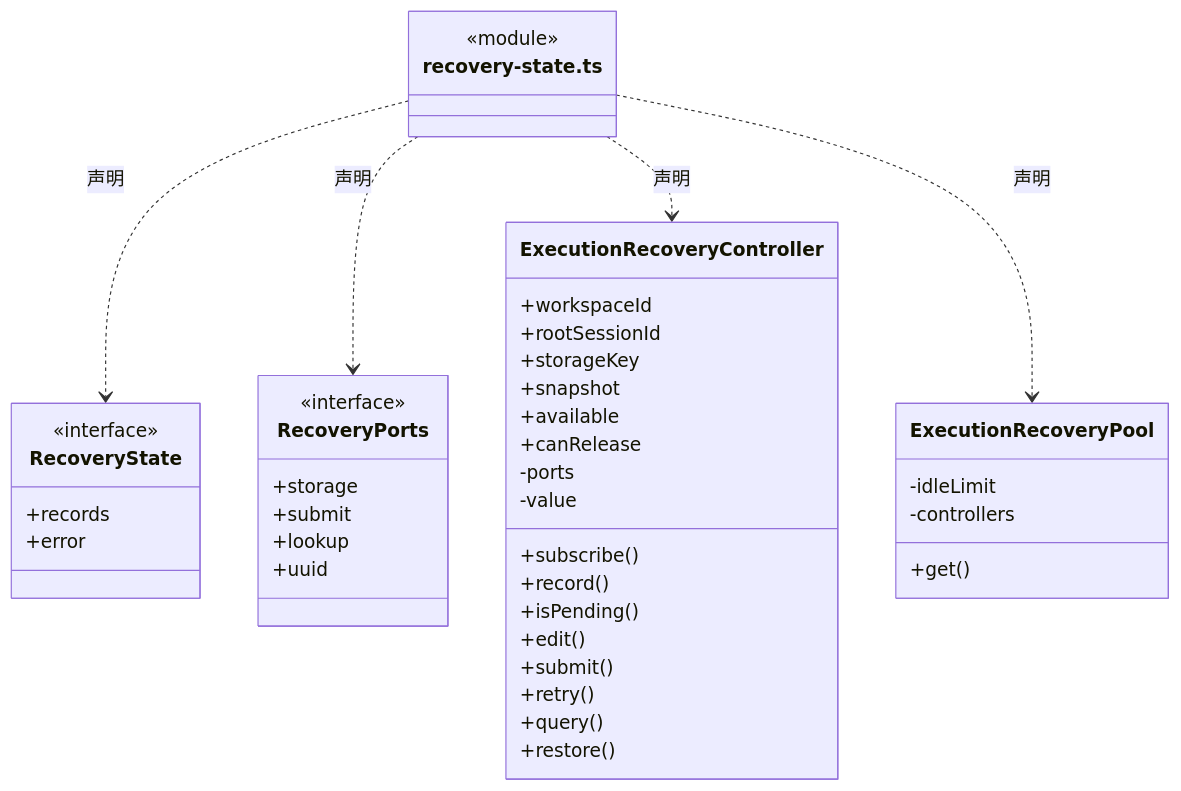
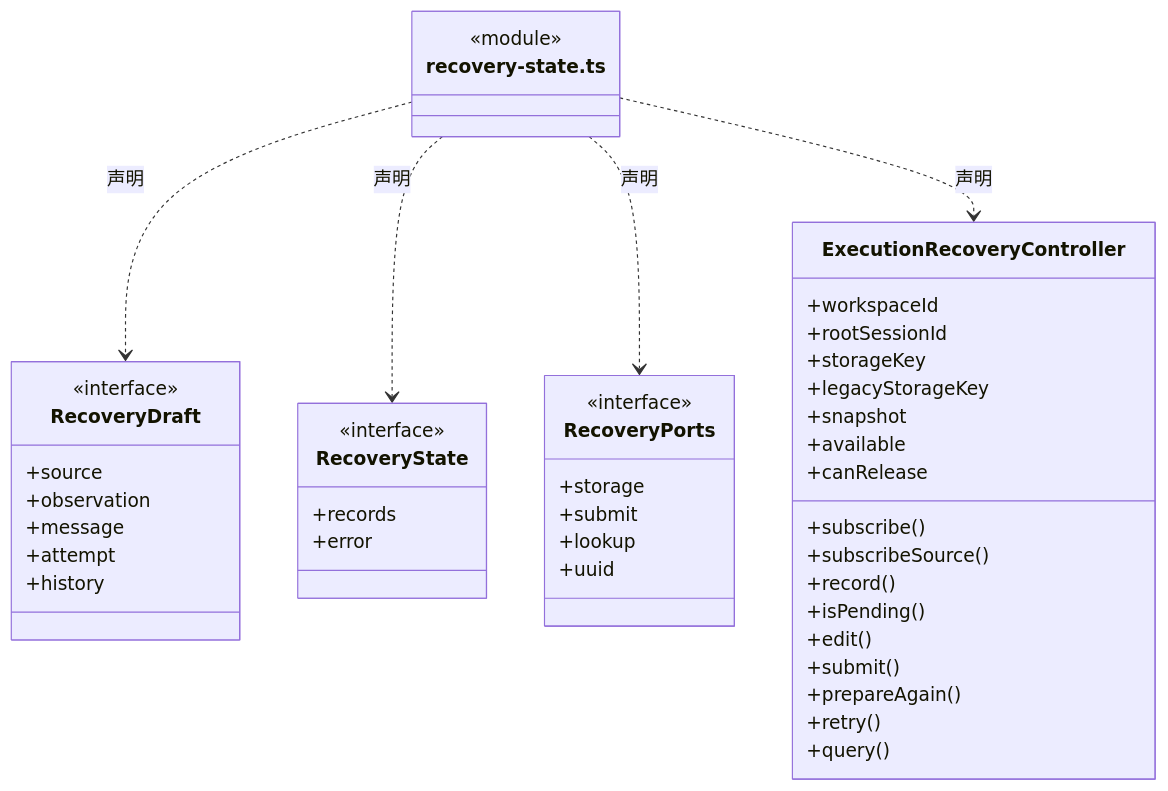
Before and after one commit to nan023062/cbim: diagram 25 of 56 in src/frontend/tasks/ARCHITECTURE.md, drawn with Mermaid. The commit also changed other lines of this file and 21 other files, not shown here.

````diff
--- a/src/frontend/tasks/ARCHITECTURE.md
+++ b/src/frontend/tasks/ARCHITECTURE.md
@@ -510,45 +509,48 @@
 ```mermaid
 classDiagram
 class N_src_frontend_tasks_recovery_state_ts["recovery-state.ts"] {
   <<module>>
 }
+class N_src_frontend_tasks_recovery_state_ts_RecoveryDraft["RecoveryDraft"] {
+  <<interface>>
+  +source
+  +observation
+  +message
+  +attempt
+  +history
+}
+N_src_frontend_tasks_recovery_state_ts ..> N_src_frontend_tasks_recovery_state_ts_RecoveryDraft : 声明
 class N_src_frontend_tasks_recovery_state_ts_RecoveryState["RecoveryState"] {
   <<interface>>
   +records
   +error
 }
 N_src_frontend_tasks_recovery_state_ts ..> N_src_frontend_tasks_recovery_state_ts_RecoveryState : 声明
 class N_src_frontend_tasks_recovery_state_ts_RecoveryPorts["RecoveryPorts"] {
   <<interface>>
   +storage
   +submit
   +lookup
   +uuid
 }
 N_src_frontend_tasks_recovery_state_ts ..> N_src_frontend_tasks_recovery_state_ts_RecoveryPorts : 声明
 class N_src_frontend_tasks_recovery_state_ts_ExecutionRecoveryController["ExecutionRecoveryController"] {
   +workspaceId
   +rootSessionId
   +storageKey
+  +legacyStorageKey
   +snapshot
   +available
   +canRelease
   +subscribe()
+  +subscribeSource()
   +record()
   +isPending()
   +edit()
   +submit()
+  +prepareAgain()
   +retry()
   +query()
-  +restore()
-  -ports
-  -value
 }
 N_src_frontend_tasks_recovery_state_ts ..> N_src_frontend_tasks_recovery_state_ts_ExecutionRecoveryController : 声明
-class N_src_frontend_tasks_recovery_state_ts_ExecutionRecoveryPool["ExecutionRecoveryPool"] {
-  +get()
-  -idleLimit
-  -controllers
-}
-N_src_frontend_tasks_recovery_state_ts ..> N_src_frontend_tasks_recovery_state_ts_ExecutionRecoveryPool : 声明
 ```
````
